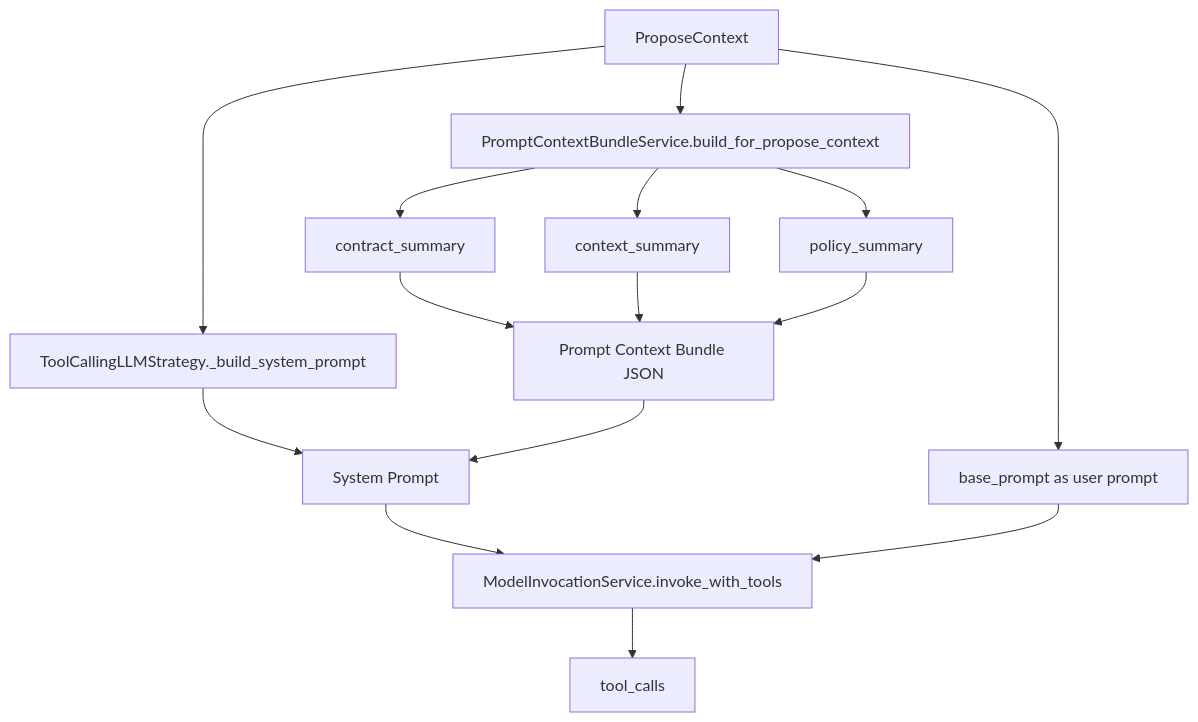
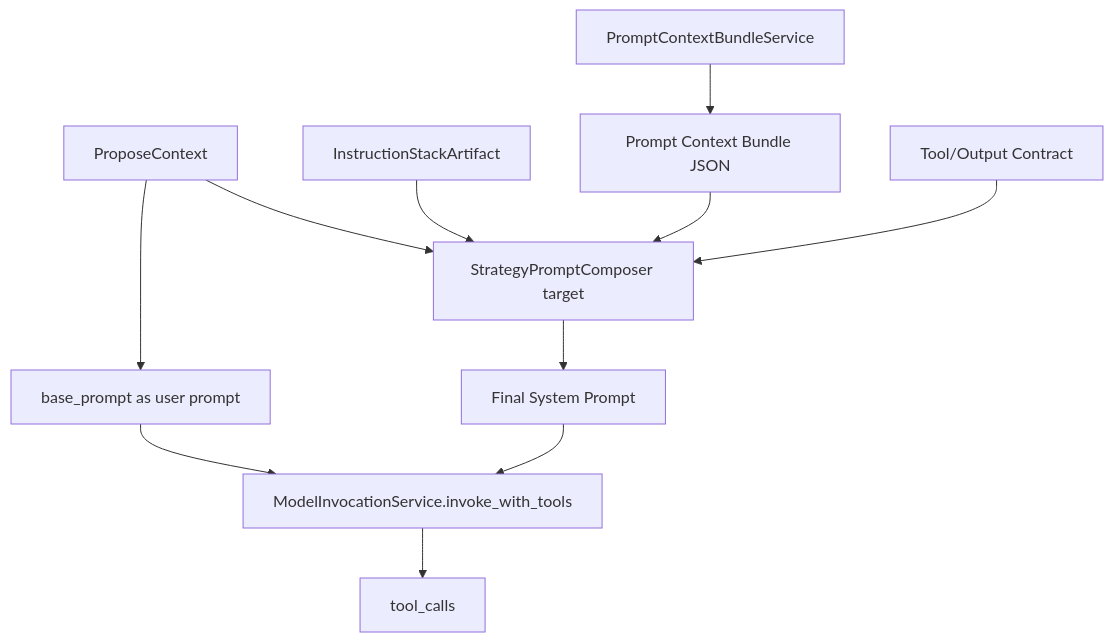
Before and after one commit to ananta888/ananta: diagram 12 of 13 in todos/todo.templeate_architecture.md, drawn with Mermaid. The commit also changed other lines of this file, not shown here.

Commit message:
Document prompt evolver boundaries in template architecture

````diff
--- a/todos/todo.templeate_architecture.md
+++ b/todos/todo.templeate_architecture.md
@@ -457,17 +406,13 @@
 ```mermaid
 flowchart TD
-    A[ProposeContext] --> B[ToolCallingLLMStrategy._build_system_prompt]
-    A --> C[PromptContextBundleService.build_for_propose_context]
-    C --> D[contract_summary]
-    C --> E[context_summary]
-    C --> F[policy_summary]
-    D --> G[Prompt Context Bundle JSON]
-    E --> G
-    F --> G
-    B --> H[System Prompt]
-    G --> H
-    A --> I[base_prompt as user prompt]
-    H --> J[ModelInvocationService.invoke_with_tools]
-    I --> J
-    J --> K[tool_calls]
+    A[ProposeContext] --> B[StrategyPromptComposer target]
+    C[InstructionStackArtifact] --> B
+    D[PromptContextBundleService] --> E[Prompt Context Bundle JSON]
+    E --> B
+    F[Tool/Output Contract] --> B
+    B --> G[Final System Prompt]
+    A --> H[base_prompt as user prompt]
+    G --> I[ModelInvocationService.invoke_with_tools]
+    H --> I
+    I --> J[tool_calls]
 ```
````
